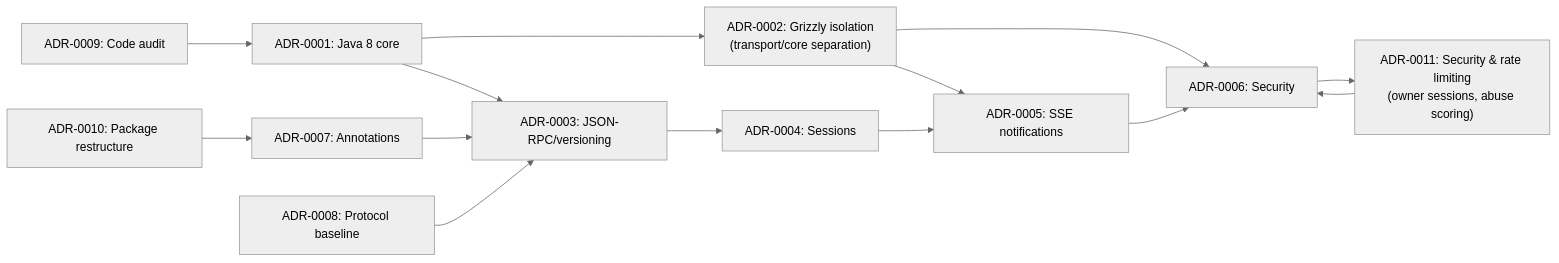
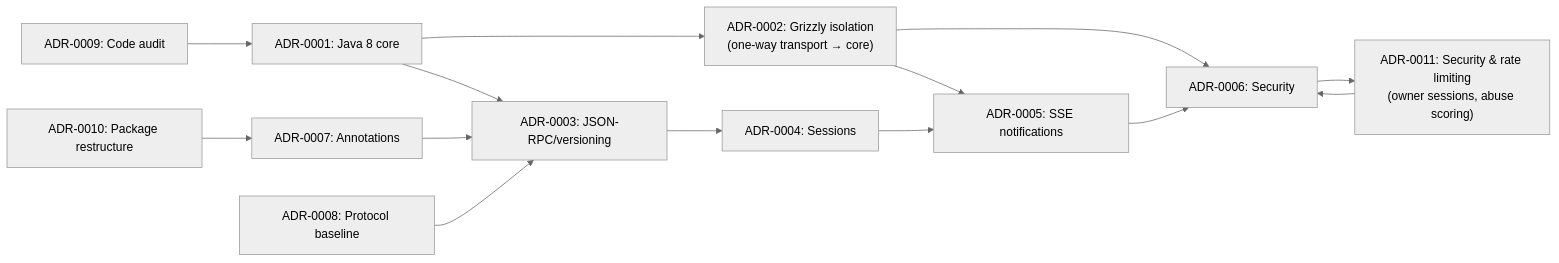
Before and after one commit to vinhphan812/mcp-java-sdk: the diagram in docs/adr/README.md, drawn with Mermaid (neutral theme). The commit also changed other lines of this file and 5 other files, not shown here.

Commit message:
docs: clarify one-way transport→core dependency in ADR-0002 and indexes

````diff
--- a/docs/adr/README.md
+++ b/docs/adr/README.md
@@ -13,28 +13,28 @@
 ```mermaid
 flowchart LR
     Core1["ADR-0001: Java 8 core"]
-    Core2["ADR-0002: Grizzly isolation\n(transport/core separation)"]
+    Core2["ADR-0002: Grizzly isolation\n(one-way transport → core)"]
     Core3["ADR-0003: JSON-RPC/versioning"]
     Core4["ADR-0004: Sessions"]
     Core5["ADR-0005: SSE notifications"]
     Core6["ADR-0006: Security"]
     Core7["ADR-0007: Annotations"]
     Core8["ADR-0008: Protocol baseline"]
     Core9["ADR-0009: Code audit"]
     Core10["ADR-0010: Package restructure"]
     Core11["ADR-0011: Security & rate limiting\n(owner sessions, abuse scoring)"]
 
     Core1 --> Core2
     Core1 --> Core3
     Core2 --> Core6
     Core2 --> Core5
     Core3 --> Core4
     Core4 --> Core5
     Core5 --> Core6
     Core6 --> Core11
     Core7 --> Core3
     Core8 --> Core3
     Core9 --> Core1
     Core10 --> Core7
     Core11 --> Core6
 ```
````
